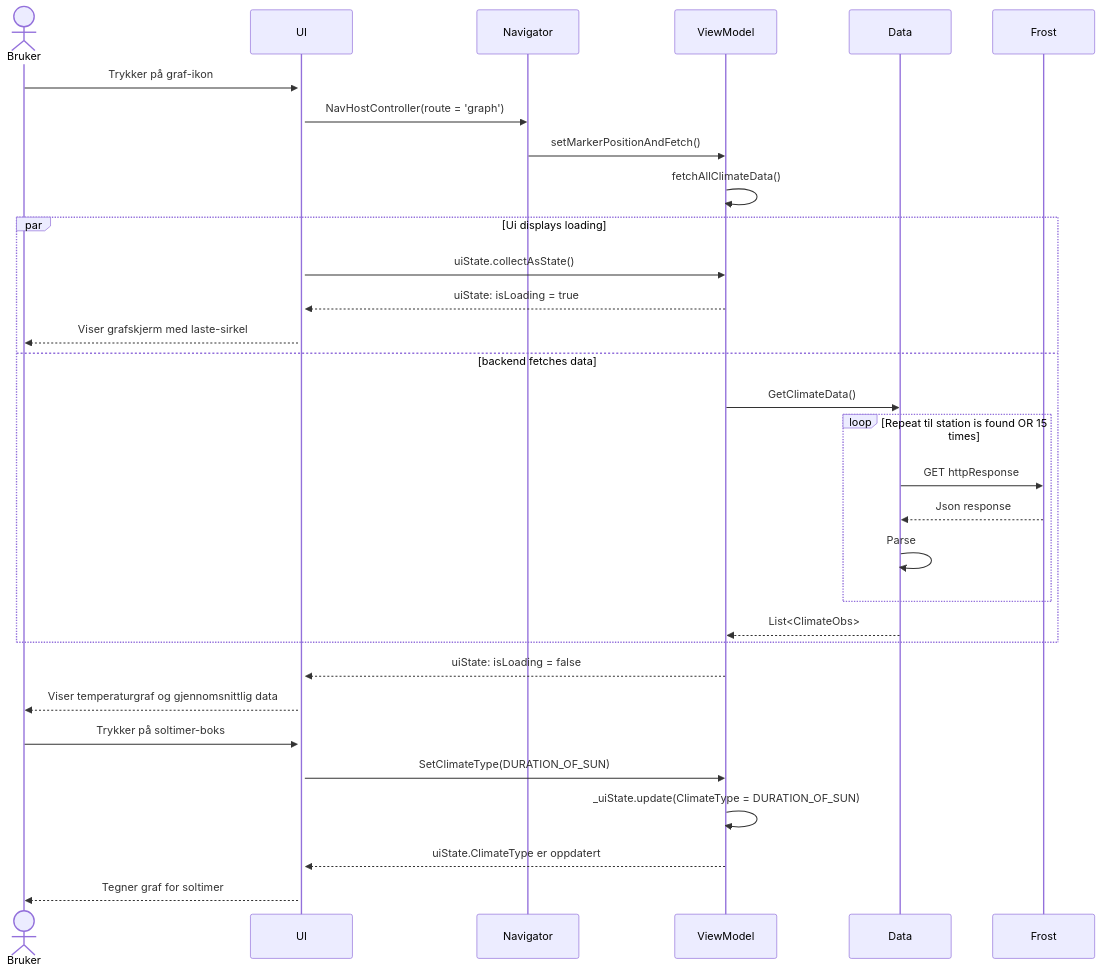
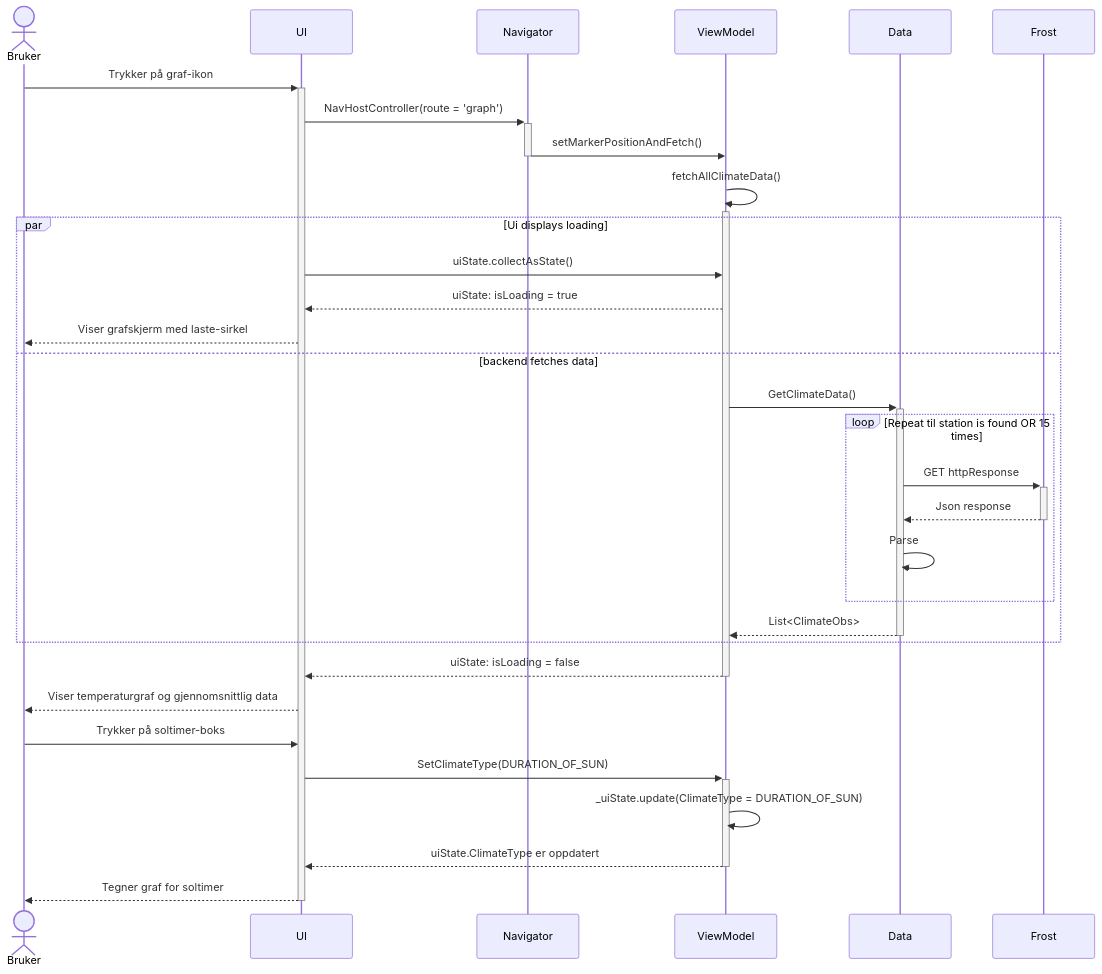
Before and after one commit to Apoapsis404/in2000-project-team-12: the second of 3 diagrams in External Programs/MODELING.md, drawn with Mermaid. The commit also changed other lines of this file, not shown here.

Commit message:
sequence diagram description

````diff
--- a/External Programs/MODELING.md
+++ b/External Programs/MODELING.md
@@ -56,29 +55,29 @@
 ```mermaid
 sequenceDiagram
     actor Bruker
     Bruker->>+UI: Trykker på graf-ikon
-    UI->>Navigator: NavHostController(route = 'graph')
-    Navigator ->>ViewModel: setMarkerPositionAndFetch()
-    ViewModel ->> ViewModel: fetchAllClimateData()
+    UI->>+Navigator: NavHostController(route = 'graph')
+    Navigator ->>-ViewModel: setMarkerPositionAndFetch()
+    ViewModel ->>+ViewModel: fetchAllClimateData()
     par Ui displays loading
         UI->>ViewModel: uiState.collectAsState()
         ViewModel-->>UI: uiState: isLoading = true
         UI-->>Bruker: Viser grafskjerm med laste-sirkel
     and backend fetches data
 
-        ViewModel->>Data: GetClimateData()
+        ViewModel->>+Data: GetClimateData()
         loop Repeat til station is found OR 15 times
-            Data ->> Frost: GET httpResponse
-            Frost -->> Data: Json response
+            Data ->> +Frost: GET httpResponse
+            Frost -->> -Data: Json response
             Data->>Data: Parse
         end
-        Data-->>ViewModel: List<ClimateObs>
+        Data-->>-ViewModel: List<ClimateObs>
     end
-    ViewModel-->>UI: uiState: isLoading = false
+    ViewModel-->>-UI: uiState: isLoading = false
     UI-->>Bruker: Viser temperaturgraf og gjennomsnittlig data
     Bruker ->>UI: Trykker på soltimer-boks
-    UI ->> ViewModel: SetClimateType(DURATION_OF_SUN)
+    UI ->> +ViewModel: SetClimateType(DURATION_OF_SUN)
     ViewModel ->> ViewModel: _uiState.update(ClimateType = DURATION_OF_SUN)
-    ViewModel-->>UI: uiState.ClimateType er oppdatert
-    UI -->> Bruker: Tegner graf for soltimer
+    ViewModel-->>-UI: uiState.ClimateType er oppdatert
+    UI -->>- Bruker: Tegner graf for soltimer
 ```
````
